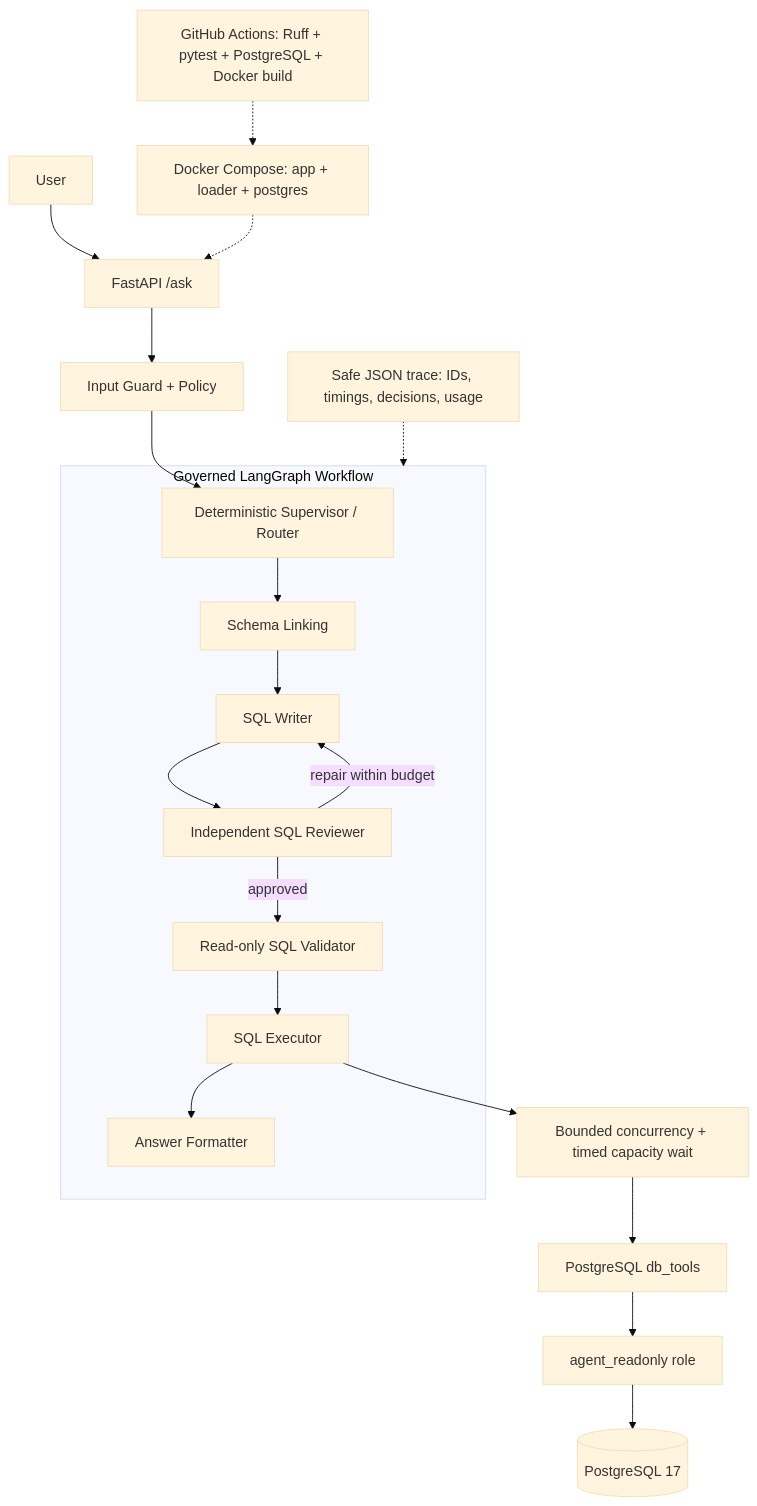
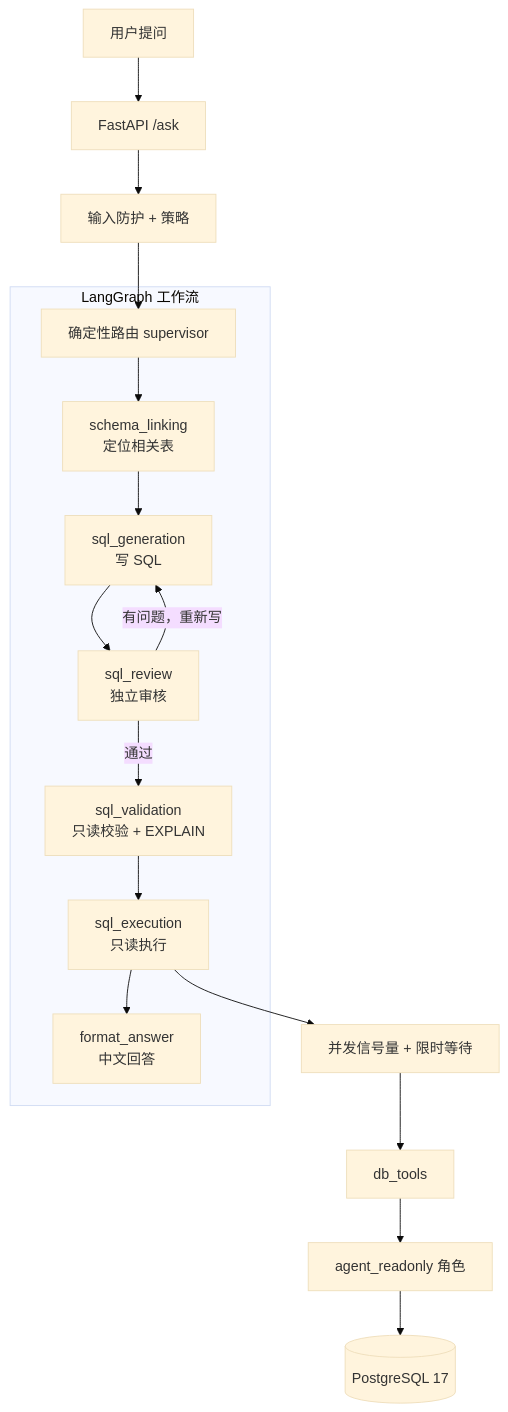
The diagram in README.md (idlebranch/multi-agent-bi), drawn with Mermaid (base theme) before and after one commit. The commit also changed other lines of this file and 21 other files, not shown here.

````diff
--- a/README.md
+++ b/README.md
@@ -65,25 +15,21 @@
 ```mermaid
 flowchart TB
-    U[User] --> API[FastAPI /ask]
-    API --> G[Input Guard + Policy]
-    G --> R[Deterministic Supervisor / Router]
+    U[用户提问] --> API[FastAPI /ask]
+    API --> G[输入防护 + 策略]
+    G --> R[确定性路由 supervisor]
 
-    subgraph LG[Governed LangGraph Workflow]
-        R --> SL[Schema Linking]
-        SL --> W[SQL Writer]
-        W --> RV[Independent SQL Reviewer]
-        RV -->|approved| V[Read-only SQL Validator]
-        RV -->|repair within budget| W
-        V --> E[SQL Executor]
-        E --> A[Answer Formatter]
+    subgraph LG[LangGraph 工作流]
+        R --> SL[schema_linking<br/>定位相关表]
+        SL --> W[sql_generation<br/>写 SQL]
+        W --> RV[sql_review<br/>独立审核]
+        RV -->|通过| V[sql_validation<br/>只读校验 + EXPLAIN]
+        RV -->|有问题，重新写| W
+        V --> E[sql_execution<br/>只读执行]
+        E --> A[format_answer<br/>中文回答]
     end
 
-    E --> C[Bounded concurrency + timed capacity wait]
-    C --> DBT[PostgreSQL db_tools]
-    DBT --> ROLE[agent_readonly role]
+    E --> C[并发信号量 + 限时等待]
+    C --> DBT[db_tools]
+    DBT --> ROLE[agent_readonly 角色]
     ROLE --> PG[(PostgreSQL 17)]
-
-    T[Safe JSON trace: IDs, timings, decisions, usage] -.-> LG
-    DC[Docker Compose: app + loader + postgres] -.-> API
-    CI[GitHub Actions: Ruff + pytest + PostgreSQL + Docker build] -.-> DC
 ```
````
